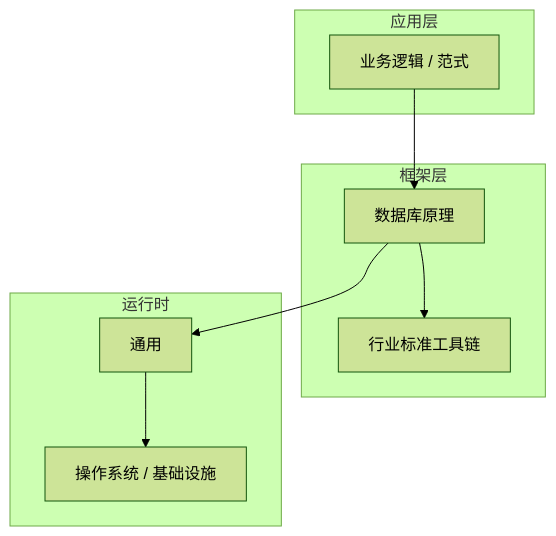
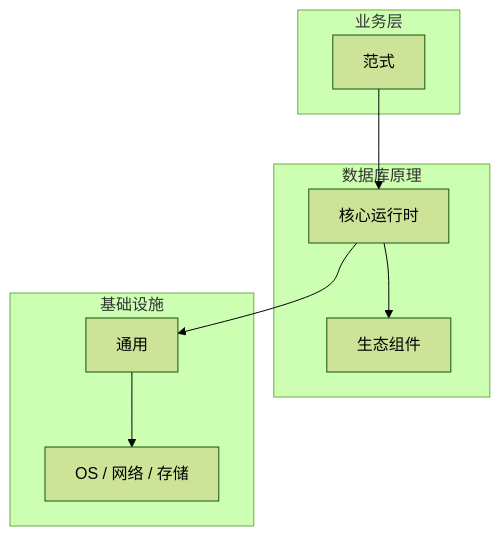
One commit to yanggan2015/knowledge-json-v2 changed the diagram in articles/数据库原理/chapters/030-范式核心概念与原理.md. Above: the diagram before and after it, drawn with Mermaid (forest theme). The commit also changed other lines of this file and 10127 other files, not shown here.

````diff
--- a/articles/数据库原理/chapters/030-范式核心概念与原理.md
+++ b/articles/数据库原理/chapters/030-范式核心概念与原理.md
@@ -45,18 +34,18 @@
 ```mermaid
 graph TB
-    subgraph 应用层
-        A[业务逻辑 / 范式]
+    subgraph 业务层
+        A[范式]
     end
-    subgraph 框架层
-        B[数据库原理]
-        C[行业标准工具链]
+    subgraph 数据库原理
+        B[核心运行时]
+        C[生态组件]
     end
-    subgraph 运行时
+    subgraph 基础设施
         D[通用]
-        E[操作系统 / 基础设施]
+        E[OS / 网络 / 存储]
     end
     A --> B
     B --> C
     B --> D
     D --> E
 ```
````
